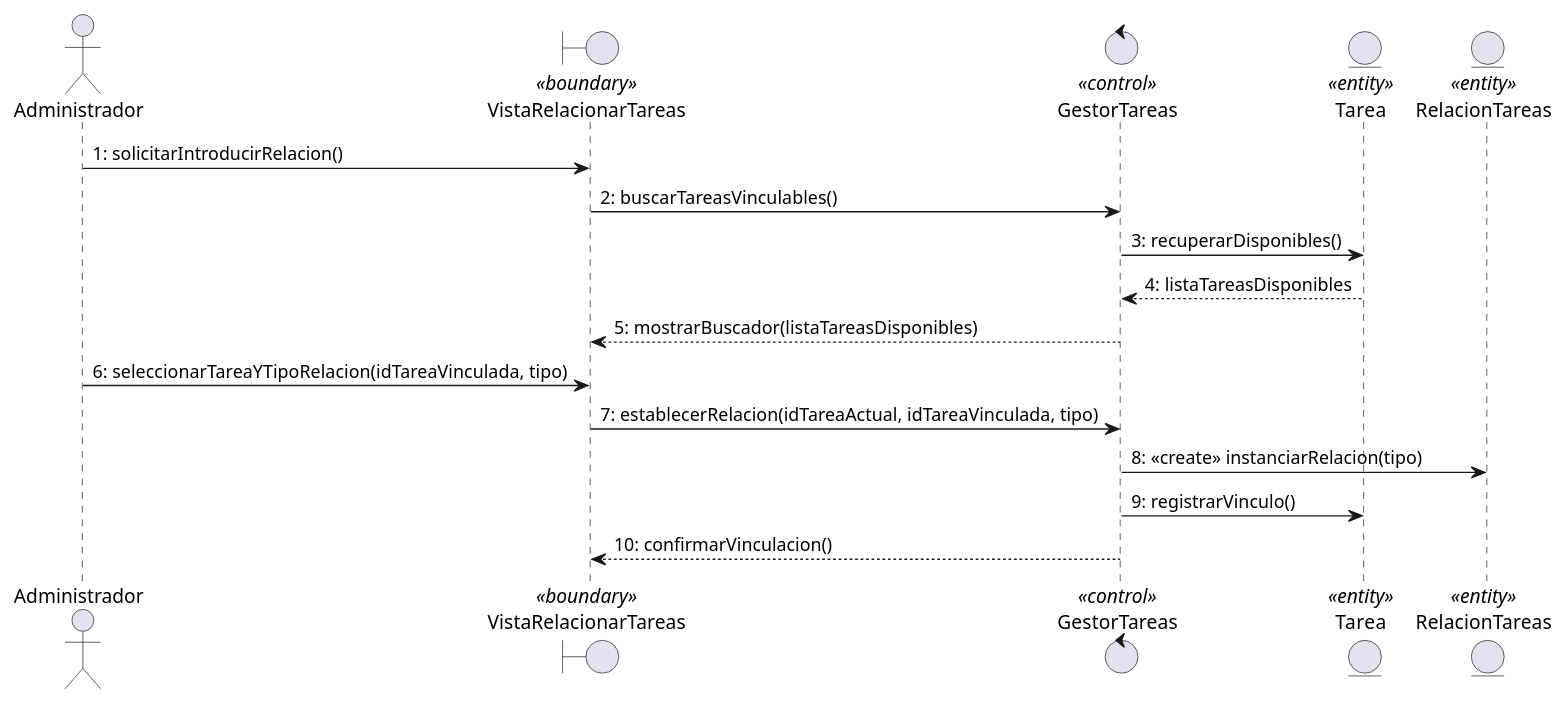
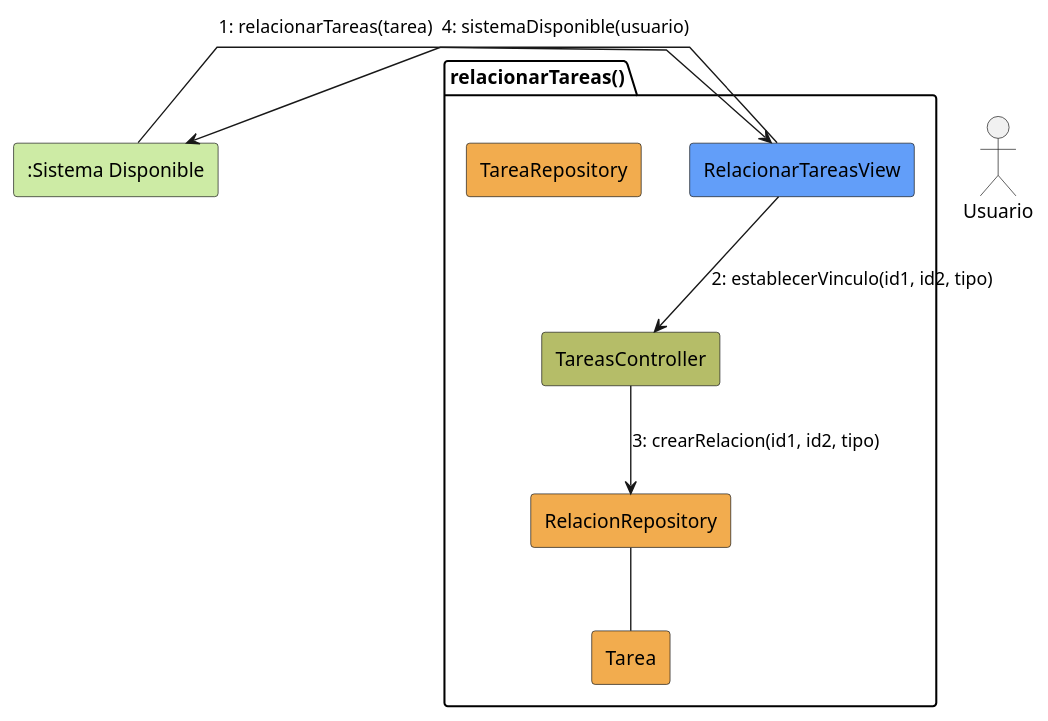
The diagram in RUP/01-analisis/casos-uso/gestion-tareas/relacionarTareas/colaboracion.puml (franvenero/25-26-idsw2-sdVC), drawn with PlantUML before and after one commit. The commit also changed 46 other files, not shown here.

```diff
--- a/RUP/01-analisis/casos-uso/gestion-tareas/relacionarTareas/colaboracion.puml
+++ b/RUP/01-analisis/casos-uso/gestion-tareas/relacionarTareas/colaboracion.puml
@@ -1,23 +1,24 @@
-@startuml
-skinparam actorStyle human
-actor Administrador as A
+@startuml relacionarTareas-analisis
+skinparam linetype polyline
 
-boundary "VistaRelacionarTareas" as VRT <<boundary>>
-control "GestorTareas" as GT <<control>>
-entity "Tarea" as EntT <<entity>>
-entity "RelacionTareas" as EntRT <<entity>>
+actor Usuario
+package relacionarTareas as "relacionarTareas()" {
+    rectangle #629EF9 RelacionarTareasView
+    rectangle #b5bd68 TareasController
+    rectangle #F2AC4E TareaRepository
+    rectangle #F2AC4E RelacionRepository
+    rectangle #F2AC4E Tarea
+}
+rectangle #CDEBA5 ":Sistema Disponible" as SistemaDisponible
 
-A -> VRT : 1: solicitarIntroducirRelacion()
-VRT -> GT : 2: buscarTareasVinculables()
-GT -> EntT : 3: recuperarDisponibles()
-EntT --> GT : 4: listaTareasDisponibles
-GT --> VRT : 5: mostrarBuscador(listaTareasDisponibles)
+SistemaDisponible -r-> RelacionarTareasView: 1: relacionarTareas(tarea)
 
-A -> VRT : 6: seleccionarTareaYTipoRelacion(idTareaVinculada, tipo)
-VRT -> GT : 7: establecerRelacion(idTareaActual, idTareaVinculada, tipo)
+RelacionarTareasView -d-> TareasController: 2: establecerVinculo(id1, id2, tipo)
 
-GT -> EntRT : 8: <<create>> instanciarRelacion(tipo)
-GT -> EntT : 9: registrarVinculo()
+TareasController --> RelacionRepository: 3: crearRelacion(id1, id2, tipo)
 
-GT --> VRT : 10: confirmarVinculacion()
+RelacionRepository -- Tarea
+
+RelacionarTareasView -r-> SistemaDisponible: 4: sistemaDisponible(usuario)
+
 @enduml
```
